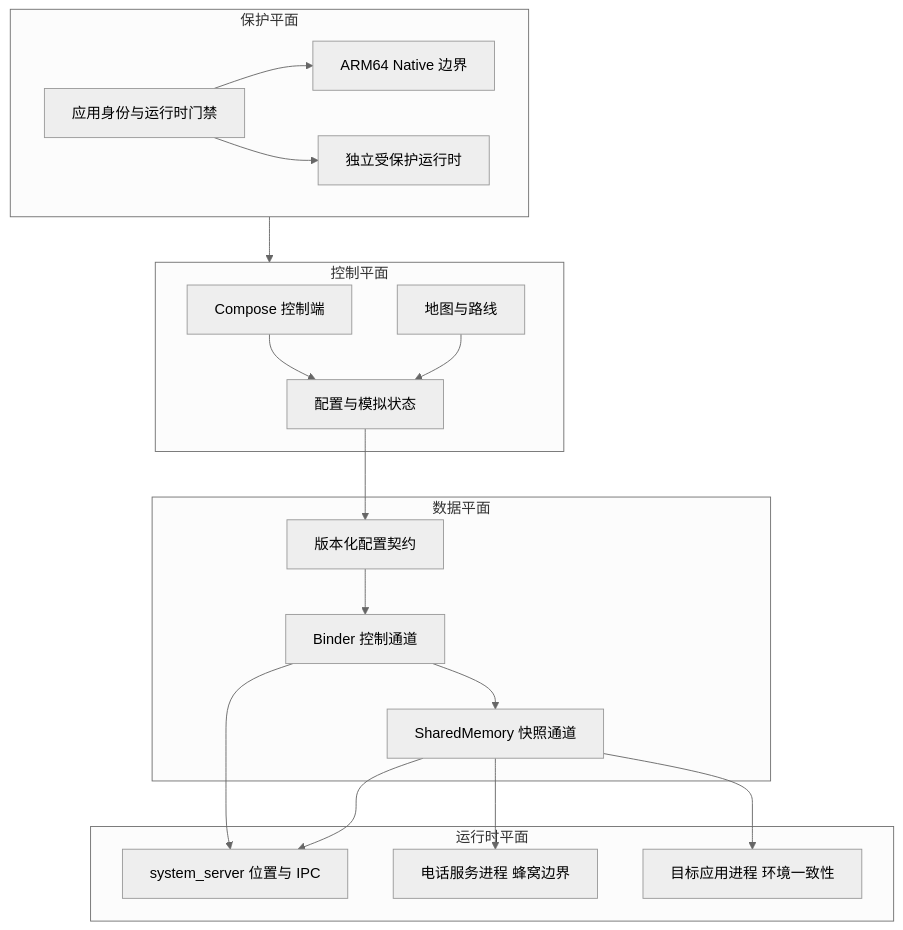
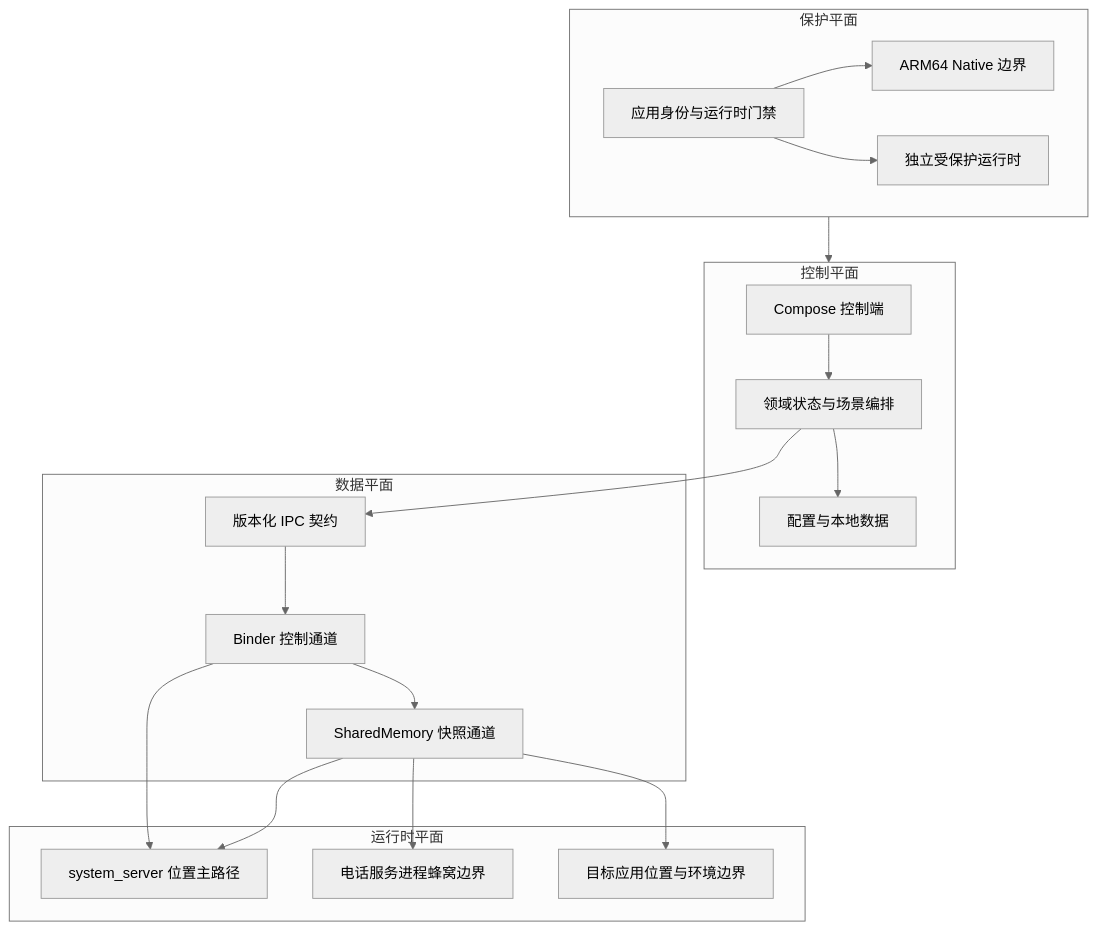
One commit to sparr-sherrya/hlocation-release changed the first of 3 diagrams in README.md. Above: the diagram before and after it, drawn with Mermaid (neutral theme). The commit also changed other lines of this file and 3 other files, not shown here.

Commit message:
docs: publish formal architecture overview

````diff
--- a/README.md
+++ b/README.md
@@ -31,39 +29,39 @@
 ```mermaid
 flowchart TB
     subgraph Control[控制平面]
         UI[Compose 控制端]
-        State[配置与模拟状态]
-        Map[地图与路线]
-        UI --> State
-        Map --> State
+        Domain[领域状态与场景编排]
+        Storage[配置与本地数据]
+        UI --> Domain
+        Domain --> Storage
     end
 
     subgraph Data[数据平面]
-        Contract[版本化配置契约]
+        Contract[版本化 IPC 契约]
         Binder[Binder 控制通道]
         SHM[SharedMemory 快照通道]
         Contract --> Binder
         Binder --> SHM
     end
 
     subgraph Runtime[运行时平面]
-        System[system_server 位置与 IPC]
-        Phone[电话服务进程 蜂窝边界]
-        Target[目标应用进程 环境一致性]
+        System[system_server 位置主路径]
+        Phone[电话服务进程蜂窝边界]
+        Target[目标应用位置与环境边界]
     end
 
-    subgraph Guard[保护平面]
+    subgraph Integrity[保护平面]
         Gate[应用身份与运行时门禁]
         Native[ARM64 Native 边界]
         Payload[独立受保护运行时]
         Gate --> Native
         Gate --> Payload
     end
 
-    State --> Contract
+    Domain --> Contract
     Binder --> System
     SHM --> System
     SHM --> Phone
     SHM --> Target
-    Guard --> Control
+    Integrity --> Control
 ```
````
